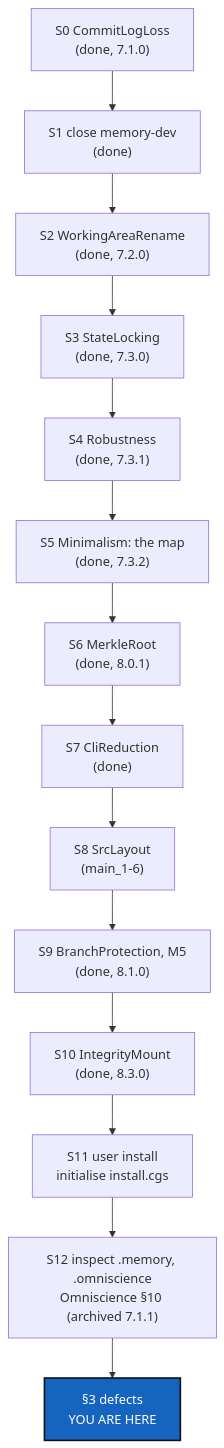
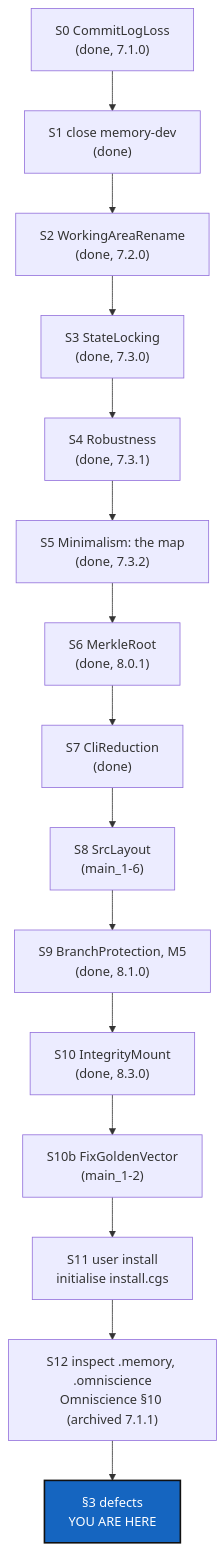
The diagram in DevTickets/openTickets/main_1-1_BeforeBeta_DevPlanTicket.md (flipoyo/.dev), drawn with Mermaid before and after one commit. The commit also changed other lines of this file and 4 other files, not shown here.

````diff
--- a/DevTickets/openTickets/main_1-1_BeforeBeta_DevPlanTicket.md
+++ b/DevTickets/openTickets/main_1-1_BeforeBeta_DevPlanTicket.md
@@ -146,19 +146,20 @@
 ```mermaid
 graph TD
     S0["S0 CommitLogLoss<br/>(done, 7.1.0)"] --> S1["S1 close memory-dev<br/>(done)"]
     S1 --> S2["S2 WorkingAreaRename<br/>(done, 7.2.0)"]
     S2 --> S3["S3 StateLocking<br/>(done, 7.3.0)"]
     S3 --> S4["S4 Robustness<br/>(done, 7.3.1)"]
     S4 --> S5["S5 Minimalism: the map<br/>(done, 7.3.2)"]
     S5 --> S6["S6 MerkleRoot<br/>(done, 8.0.1)"]
     S6 --> S7["S7 CliReduction<br/>(done)"]
     S7 --> S8["S8 SrcLayout<br/>(main_1-6)"]
     S8 --> S9["S9 BranchProtection, M5<br/>(done, 8.1.0)"]
     S9 --> S10["S10 IntegrityMount<br/>(done, 8.3.0)"]
-    S10 --> S11["S11 user install<br/>initialise install.cgs"]
+    S10 --> S10b["S10b FixGoldenVector<br/>(main_1-2)"]
+    S10b --> S11["S11 user install<br/>initialise install.cgs"]
     S11 --> S12["S12 inspect .memory, .omniscience<br/>Omniscience §10 (archived 7.1.1)"]
     S12 --> R["§3 defects<br/>YOU ARE HERE"]
 
     classDef here fill:#1565C0,color:#fff,stroke:#111,stroke-width:2px;
     class R here;
 ```
````
